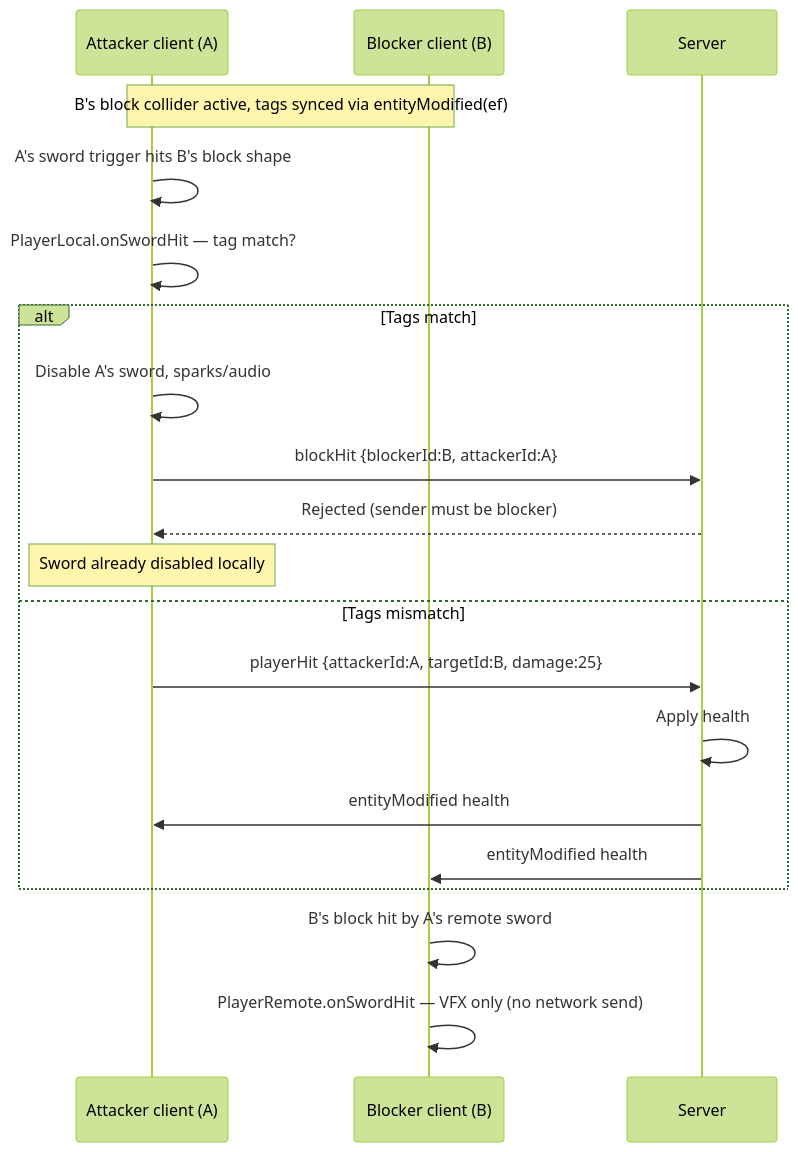
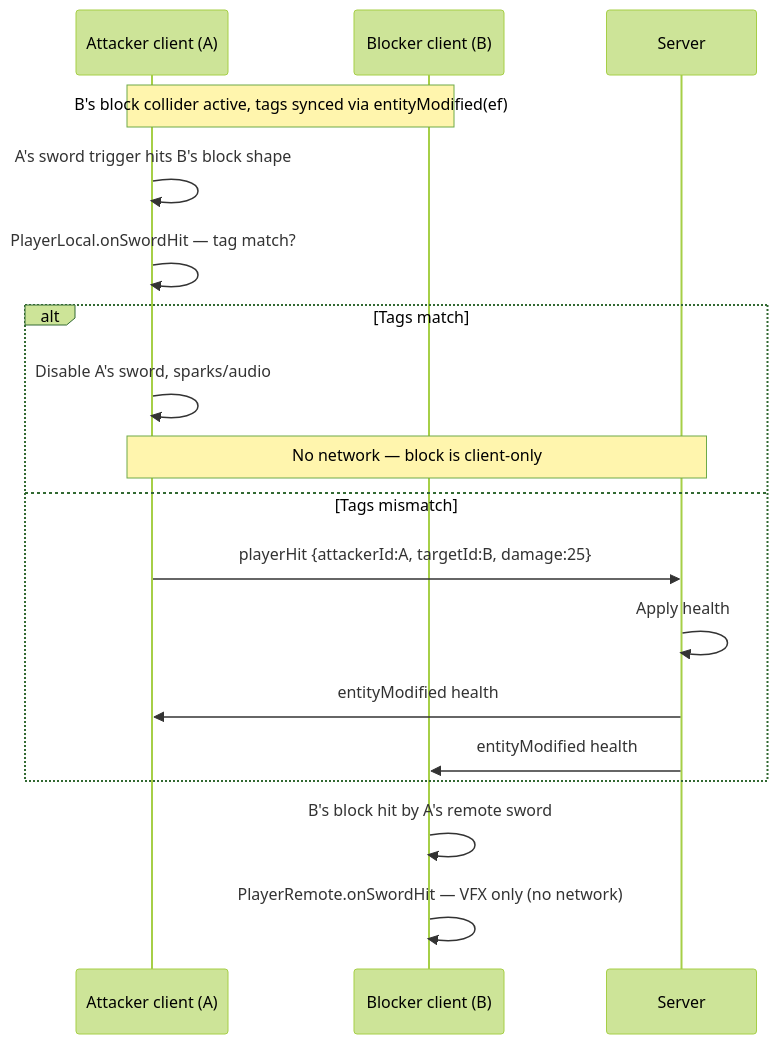
Before and after one commit to battlejoose/hyperfy: the diagram in docs/combat.md, drawn with Mermaid (forest theme). The commit also changed other lines of this file and 6 other files, not shown here.

````diff
--- a/docs/combat.md
+++ b/docs/combat.md
@@ -164,25 +164,23 @@
 ```mermaid
 sequenceDiagram
     participant A as Attacker client (A)
     participant B as Blocker client (B)
     participant S as Server
 
     Note over A,B: B's block collider active, tags synced via entityModified(ef)
 
     A->>A: A's sword trigger hits B's block shape
     A->>A: PlayerLocal.onSwordHit — tag match?
     alt Tags match
         A->>A: Disable A's sword, sparks/audio
-        A->>S: blockHit {blockerId:B, attackerId:A}
-        S-->>A: Rejected (sender must be blocker)
-        Note over A: Sword already disabled locally
+        Note over A,S: No network — block is client-only
     else Tags mismatch
         A->>S: playerHit {attackerId:A, targetId:B, damage:25}
         S->>S: Apply health
         S->>A: entityModified health
         S->>B: entityModified health
     end
 
     B->>B: B's block hit by A's remote sword
-    B->>B: PlayerRemote.onSwordHit — VFX only (no network send)
+    B->>B: PlayerRemote.onSwordHit — VFX only (no network)
 ```
````
